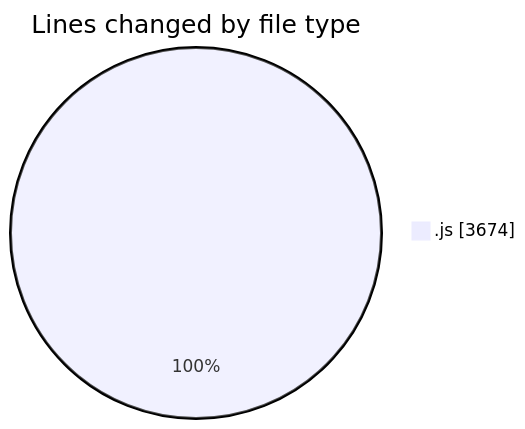
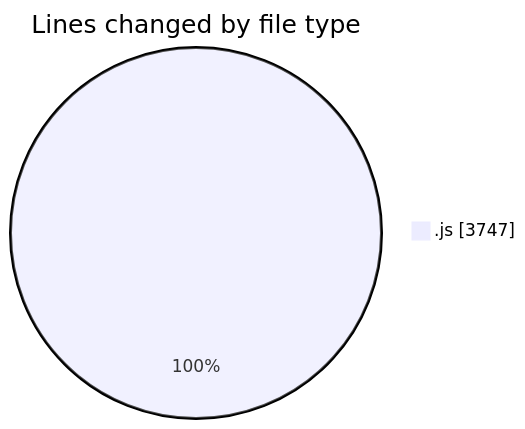
One commit to nxtqubesakshisongat/code-tracking changed the first of 2 diagrams in 2025-09-04/nxtqube_webapp/README.md. Above: the diagram before and after it, drawn with Mermaid. The commit also changed other lines of this file and 1 other file, not shown here.

````diff
--- a/2025-09-04/nxtqube_webapp/README.md
+++ b/2025-09-04/nxtqube_webapp/README.md
@@ -20,5 +20,5 @@
 ```mermaid
 pie showData
 title Lines changed by file type
-".js" : 3674
+".js" : 3747
 ```
````
